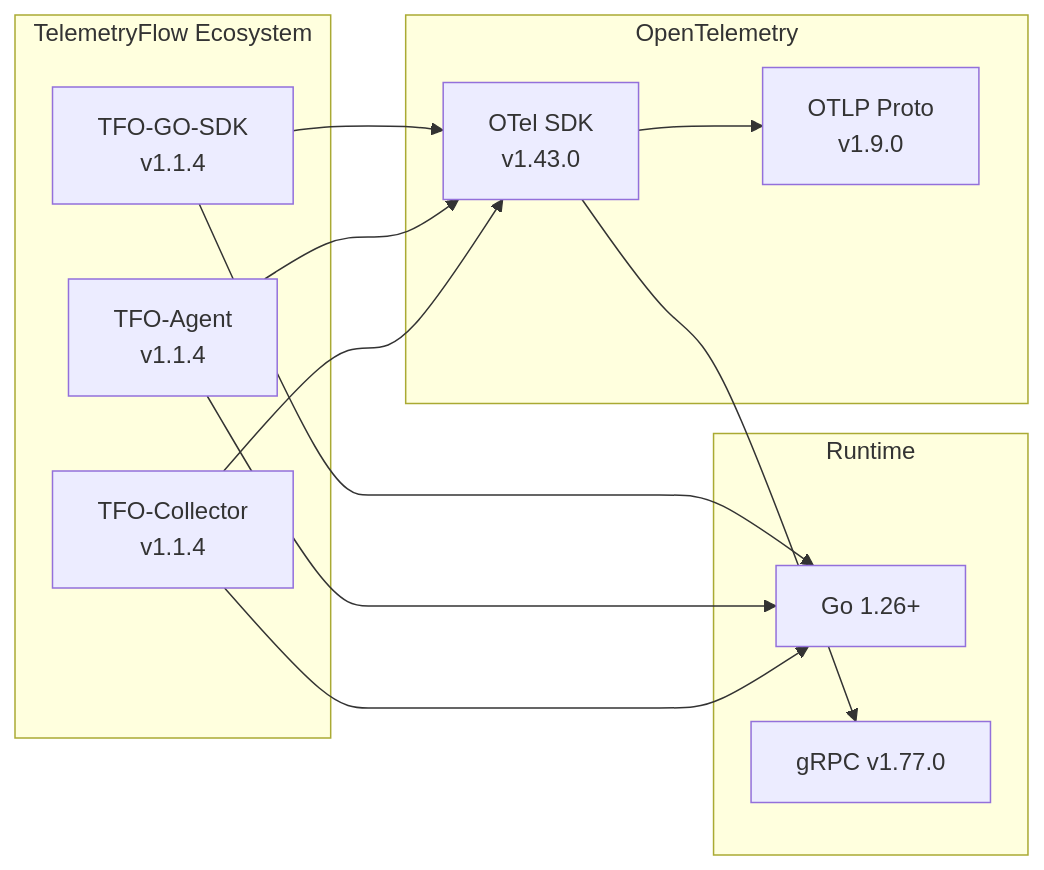
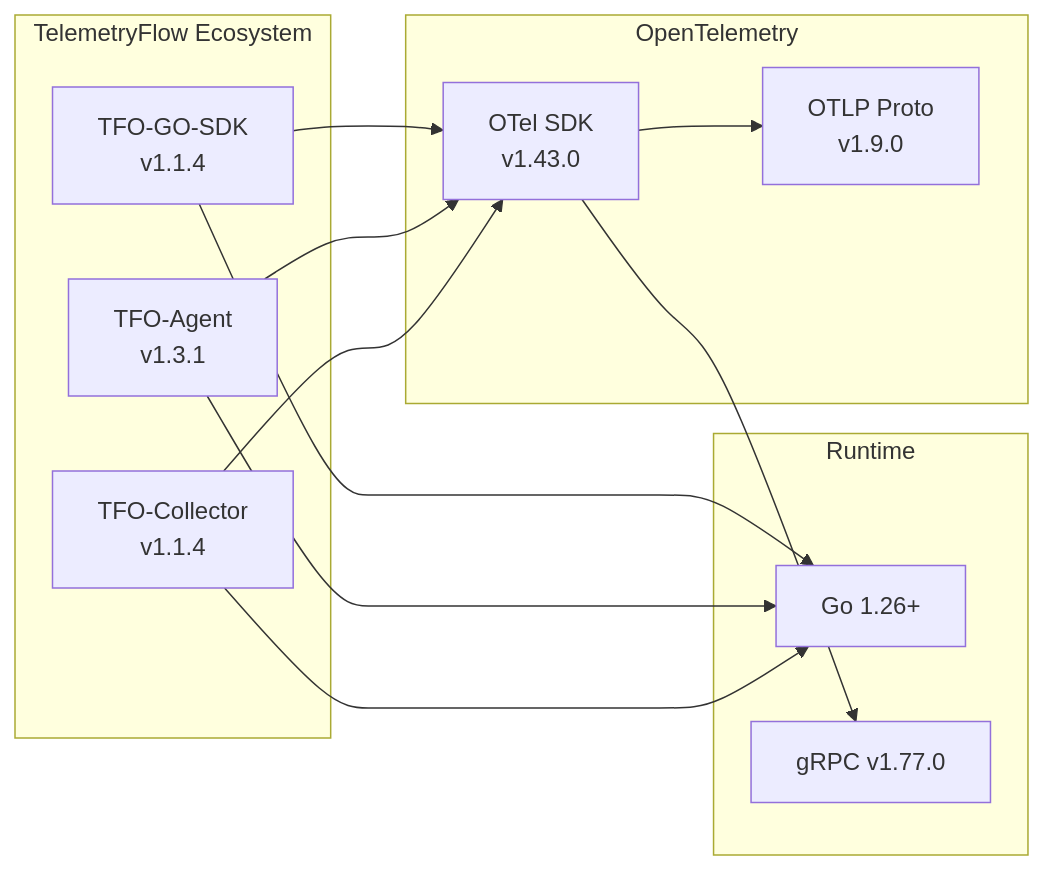
Diagram 13 of 15 in docs/ARCHITECTURE.md (telemetryflow/telemetryflow-agent), drawn with Mermaid before and after one commit. The commit also changed 9 other files, not shown here.

First line of the commit message:
docs: align all TFO-Agent version references to 1.3.1

````diff
--- a/docs/ARCHITECTURE.md
+++ b/docs/ARCHITECTURE.md
@@ -530,29 +530,29 @@
 ```mermaid
 graph LR
     subgraph "TelemetryFlow Ecosystem"
         SDK[TFO-GO-SDK<br/>v1.1.4]
-        AGENT[TFO-Agent<br/>v1.1.4]
+        AGENT[TFO-Agent<br/>v1.3.1]
         COLL[TFO-Collector<br/>v1.1.4]
     end
 
     subgraph "OpenTelemetry"
         OTEL[OTel SDK<br/>v1.43.0]
         PROTO[OTLP Proto<br/>v1.9.0]
     end
 
     subgraph "Runtime"
         GO[Go 1.26+]
         GRPC[gRPC v1.77.0]
     end
 
     SDK --> OTEL
     AGENT --> OTEL
     COLL --> OTEL
 
     OTEL --> PROTO
     OTEL --> GRPC
 
     SDK --> GO
     AGENT --> GO
     COLL --> GO
 ```
````
